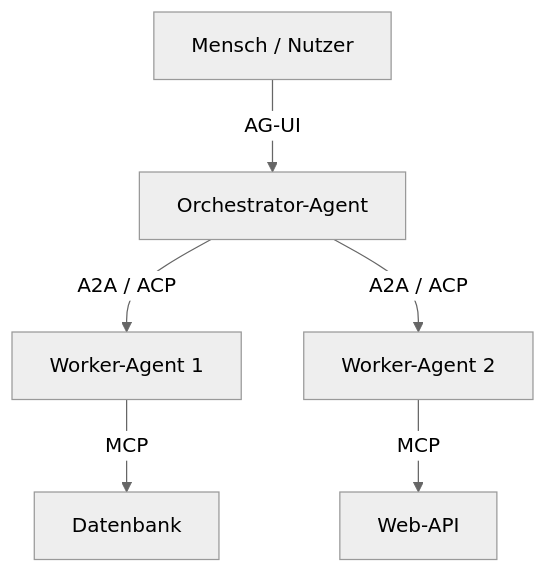
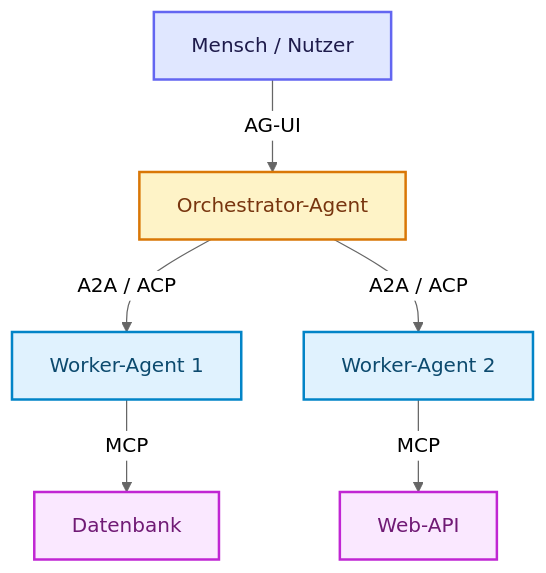
One commit to ralf-42/Agenten changed the first of 9 diagrams in docs/06-multi-agent-erweiterungen/agenten-kommunikationsprotokolle.md. Above: the diagram before and after it, drawn with Mermaid (neutral theme). The commit also changed other lines of this file and 18 other files, not shown here.

````diff
--- a/docs/06-multi-agent-erweiterungen/agenten-kommunikationsprotokolle.md
+++ b/docs/06-multi-agent-erweiterungen/agenten-kommunikationsprotokolle.md
@@ -44,15 +44,24 @@
 ```mermaid
 flowchart TD
     H[Mensch / Nutzer]
     O[Orchestrator-Agent]
     W1[Worker-Agent 1]
     W2[Worker-Agent 2]
     T1[Datenbank]
     T2[Web-API]
 
     H -->|AG-UI| O
     O -->|A2A / ACP| W1
     O -->|A2A / ACP| W2
     W1 -->|MCP| T1
     W2 -->|MCP| T2
+
+    classDef default fill:#e0f2fe,stroke:#0284c7,stroke-width:2px,color:#0c4a6e;
+    classDef input fill:#e0e7ff,stroke:#6366f1,stroke-width:2px,color:#1e1b4b;
+    classDef metric fill:#fef3c7,stroke:#d97706,stroke-width:2px,color:#78350f;
+    classDef target fill:#fae8ff,stroke:#c026d3,stroke-width:2px,color:#701a75;
+
+    class H input;
+    class O metric;
+    class T1,T2 target;
 ```
````
